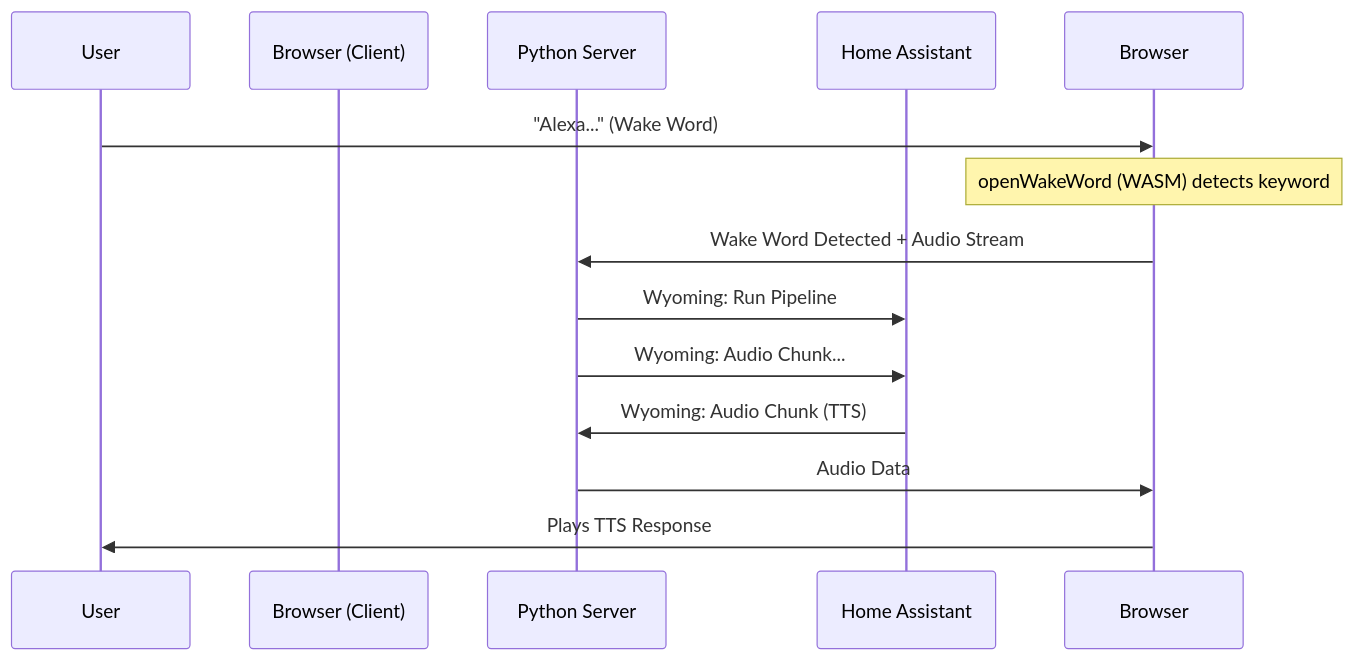
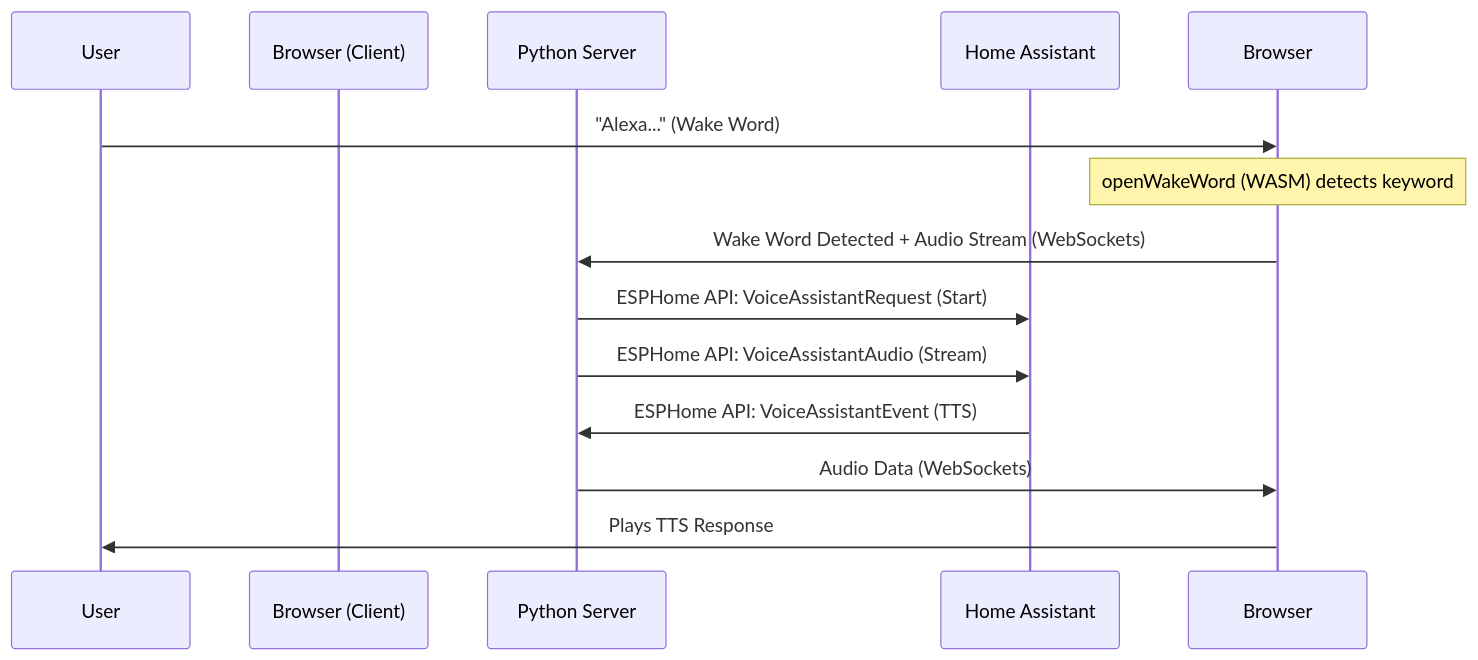
One commit to emme99/hybrid-voice-assistant changed the diagram in README.md. Above: the diagram before and after it, drawn with Mermaid. The commit also changed other lines of this file, not shown here.

Commit message:
Update README diagram to ESPHome protocol

````diff
--- a/README.md
+++ b/README.md
@@ -23,16 +23,16 @@
 ```mermaid
 sequenceDiagram
     participant User
     participant Browser (Client)
     participant Python Server
     participant Home Assistant
 
     User->>Browser: "Alexa..." (Wake Word)
     Note over Browser: openWakeWord (WASM) detects keyword
-    Browser->>Python Server: Wake Word Detected + Audio Stream
-    Python Server->>Home Assistant: Wyoming: Run Pipeline
-    Python Server->>Home Assistant: Wyoming: Audio Chunk...
-    Home Assistant->>Python Server: Wyoming: Audio Chunk (TTS)
-    Python Server->>Browser: Audio Data
+    Browser->>Python Server: Wake Word Detected + Audio Stream (WebSockets)
+    Python Server->>Home Assistant: ESPHome API: VoiceAssistantRequest (Start)
+    Python Server->>Home Assistant: ESPHome API: VoiceAssistantAudio (Stream)
+    Home Assistant->>Python Server: ESPHome API: VoiceAssistantEvent (TTS)
+    Python Server->>Browser: Audio Data (WebSockets)
     Browser->>User: Plays TTS Response
 ```
````
